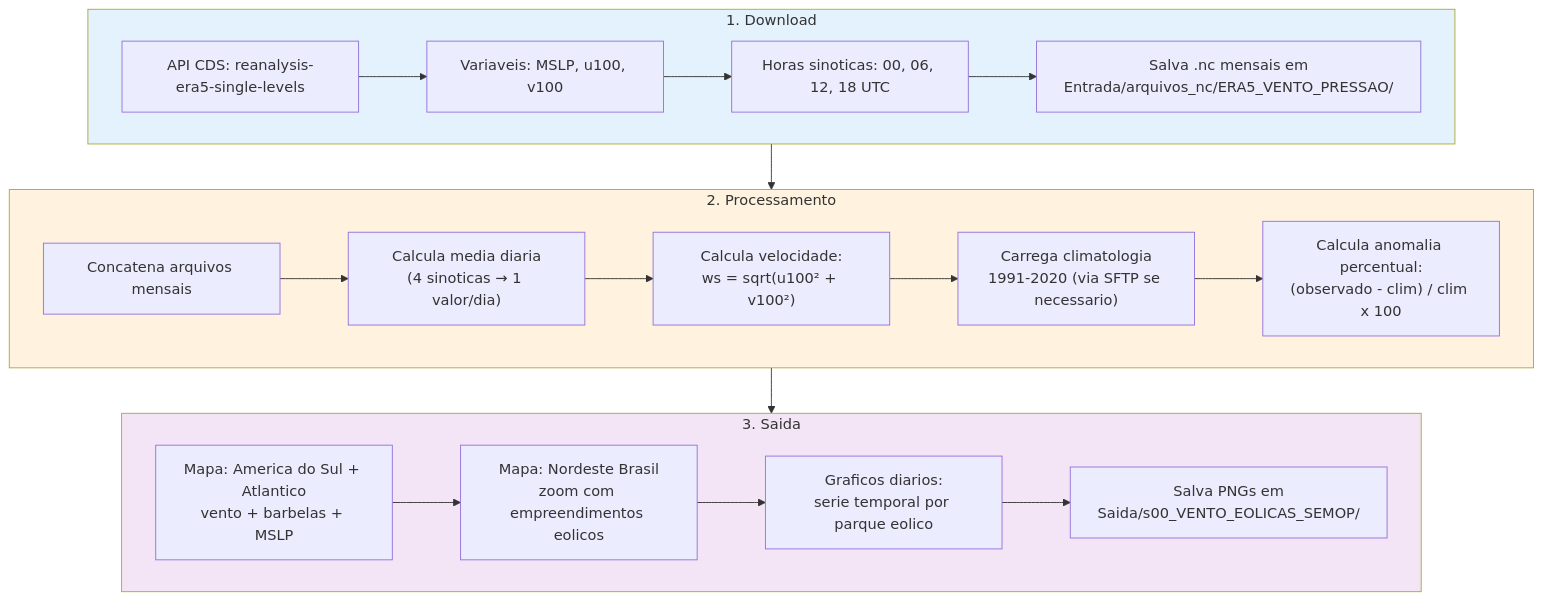
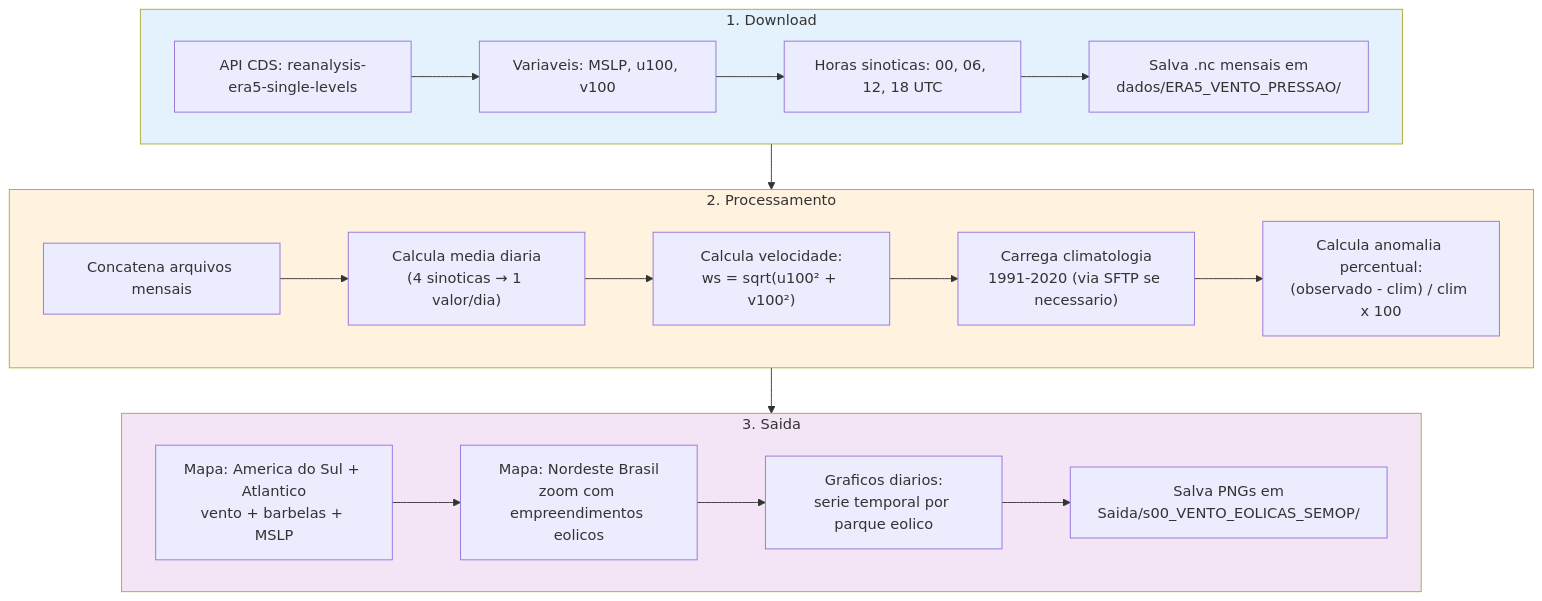
Before and after one commit to capucinbruno/campos_e_graficos_artigos_cientificos: the second of 5 diagrams in README.md, drawn with Mermaid. The commit also changed other lines of this file and 23 other files, not shown here.

````diff
--- a/README.md
+++ b/README.md
@@ -95,27 +96,27 @@
 ```mermaid
 flowchart TD
     subgraph download ["1. Download"]
         A1["API CDS: reanalysis-era5-single-levels"] --> A2["Variaveis: MSLP, u100, v100"]
         A2 --> A3["Horas sinoticas: 00, 06, 12, 18 UTC"]
-        A3 --> A4["Salva .nc mensais em<br/>Entrada/arquivos_nc/ERA5_VENTO_PRESSAO/"]
+        A3 --> A4["Salva .nc mensais em<br/>dados/ERA5_VENTO_PRESSAO/"]
     end
 
     subgraph process ["2. Processamento"]
         B1["Concatena arquivos mensais"] --> B2["Calcula media diaria<br/>(4 sinoticas → 1 valor/dia)"]
         B2 --> B3["Calcula velocidade:<br/>ws = sqrt(u100² + v100²)"]
         B3 --> B4["Carrega climatologia<br/>1991-2020 (via SFTP se necessario)"]
         B4 --> B5["Calcula anomalia percentual:<br/>(observado - clim) / clim x 100"]
     end
 
     subgraph output ["3. Saida"]
         C1["Mapa: America do Sul + Atlantico<br/>vento + barbelas + MSLP"] --> C2["Mapa: Nordeste Brasil<br/>zoom com empreendimentos eolicos"]
         C2 --> C3["Graficos diarios:<br/>serie temporal por parque eolico"]
         C3 --> C4["Salva PNGs em<br/>Saida/s00_VENTO_EOLICAS_SEMOP/"]
     end
 
     download --> process --> output
 
     style download fill:#E3F2FD
     style process fill:#FFF3E0
     style output fill:#F3E5F5
 ```
````
